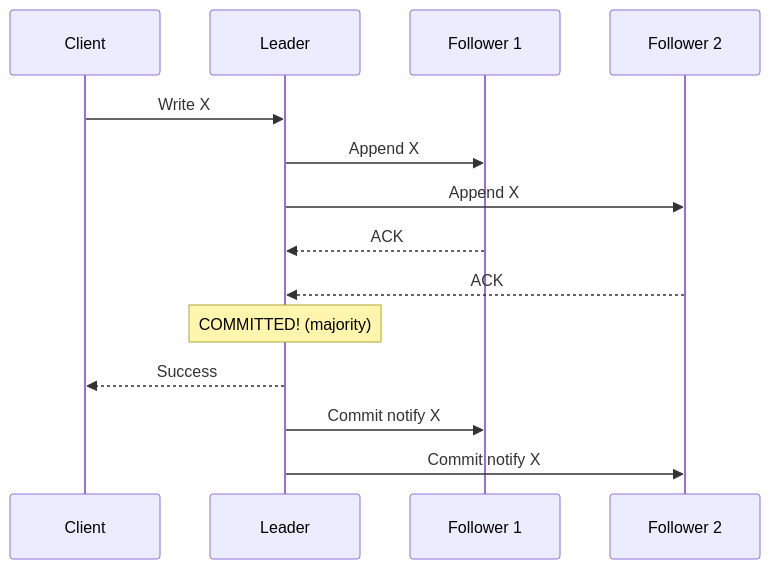
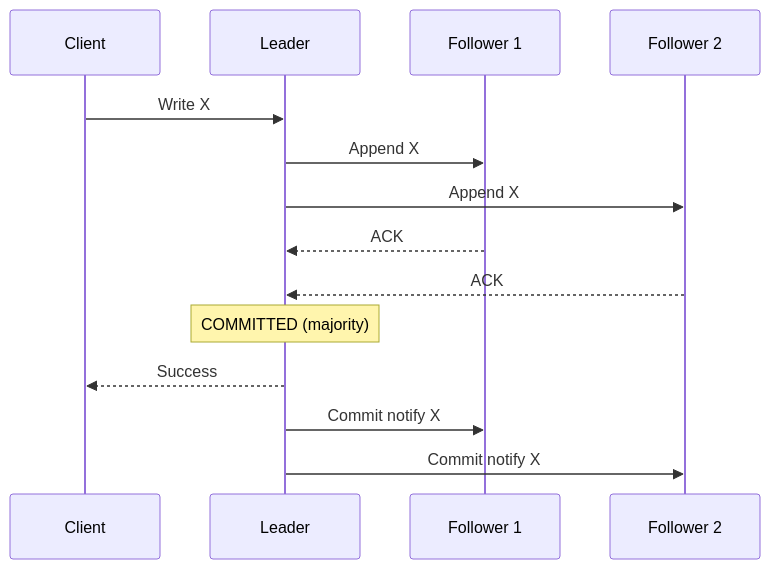
The fourth of 6 diagrams in src/content/docs/platform/foundations/distributed-systems/module-5.2-consensus-and-coordination.md (kube-dojo/kube-dojo), drawn with Mermaid before and after one commit. The commit also changed other lines of this file and 4 other files, not shown here.

````diff
--- a/src/content/docs/platform/foundations/distributed-systems/module-5.2-consensus-and-coordination.md
+++ b/src/content/docs/platform/foundations/distributed-systems/module-5.2-consensus-and-coordination.md
@@ -360,17 +186,17 @@
 ```mermaid
 sequenceDiagram
     participant C as Client
     participant L as Leader
     participant F1 as Follower 1
     participant F2 as Follower 2
 
     C->>L: Write X
     L->>F1: Append X
     L->>F2: Append X
     F1-->>L: ACK
     F2-->>L: ACK
-    Note over L: COMMITTED! (majority)
+    Note over L: COMMITTED (majority)
     L-->>C: Success
     L->>F1: Commit notify X
     L->>F2: Commit notify X
 ```
````
